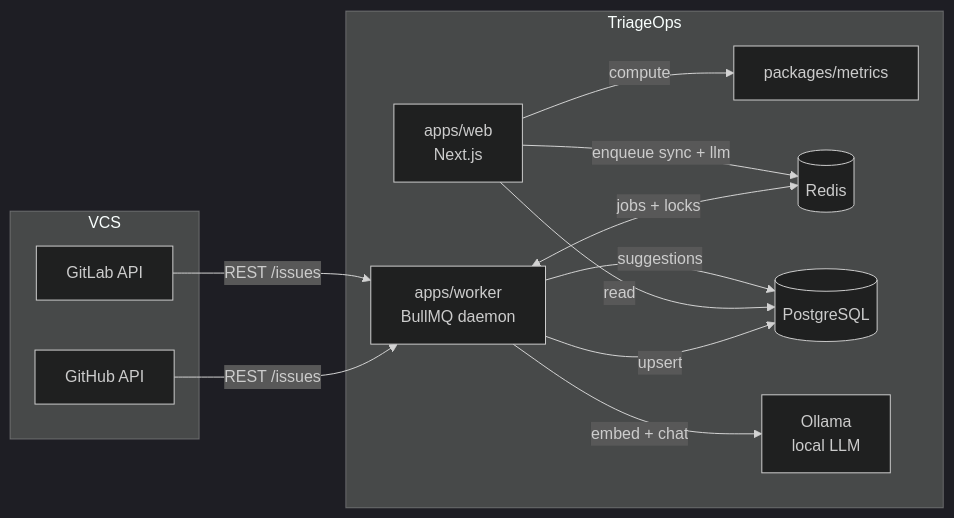
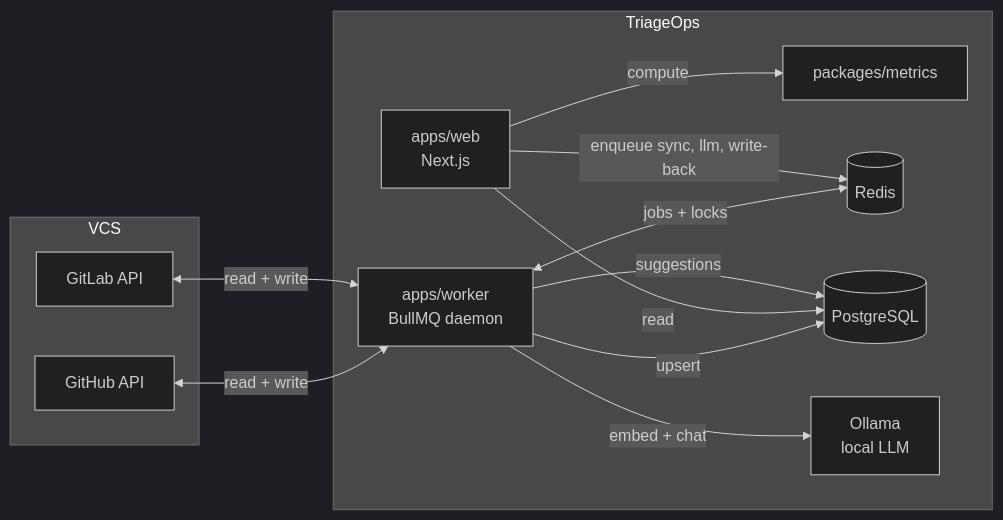
Before and after one commit to ktauchert/triage-ops: the diagram in docs/architecture.md, drawn with Mermaid (dark theme). The commit also changed other lines of this file and 58 other files, not shown here.

````diff
--- a/docs/architecture.md
+++ b/docs/architecture.md
@@ -7,26 +7,26 @@
 ```mermaid
 flowchart LR
   subgraph VCS
     GH[GitHub API]
     GL[GitLab API]
   end
 
   subgraph TriageOps
     WEB[apps/web\nNext.js]
     WORKER[apps/worker\nBullMQ daemon]
     METRICS[packages/metrics]
     REDIS[(Redis)]
     PG[(PostgreSQL)]
     OLLAMA[Ollama\nlocal LLM]
   end
 
-  GH -->|REST /issues| WORKER
-  GL -->|REST /issues| WORKER
+  GH <-->|read + write| WORKER
+  GL <-->|read + write| WORKER
   WORKER -->|upsert| PG
   WORKER <-->|jobs + locks| REDIS
   WEB -->|read| PG
   WEB -->|compute| METRICS
-  WEB -->|enqueue sync + llm| REDIS
+  WEB -->|enqueue sync, llm, write-back| REDIS
   WORKER -->|embed + chat| OLLAMA
   WORKER -->|suggestions| PG
 ```
````
